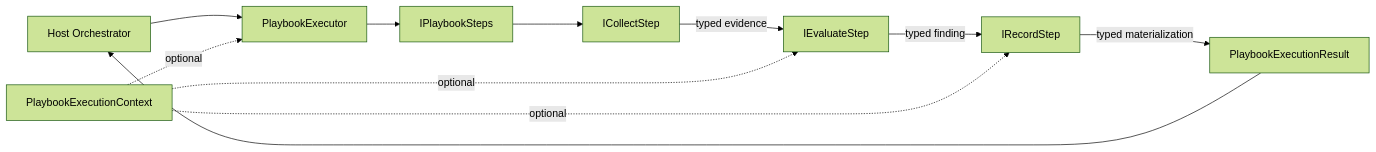
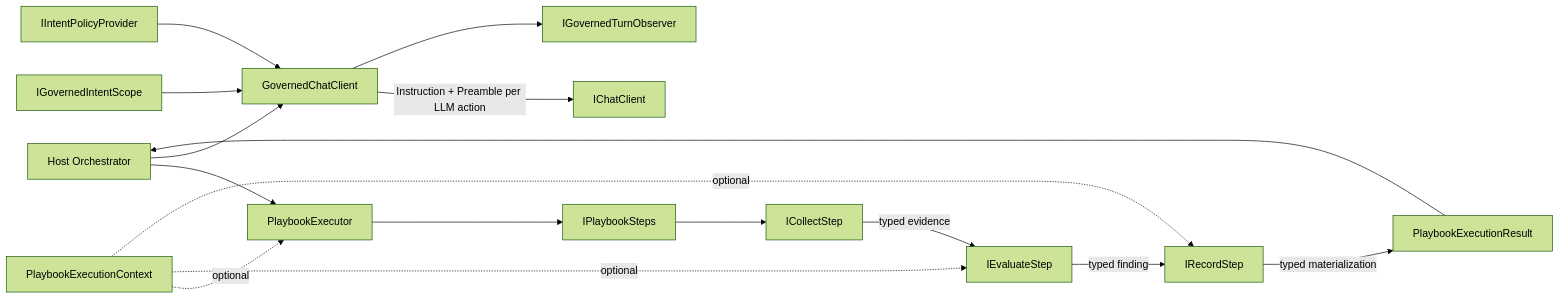
The first of 2 diagrams in docs/product/sprint-0/agents-playbook-sprint-0-context-diagram.md (goodtocode/agents-playbook), drawn with Mermaid (forest theme) before and after one commit. The commit also changed 19 other files, not shown here.

Commit message:
governance AgentIntent policy

````diff
--- a/docs/product/sprint-0/agents-playbook-sprint-0-context-diagram.md
+++ b/docs/product/sprint-0/agents-playbook-sprint-0-context-diagram.md
@@ -10,14 +10,19 @@
 ```mermaid
 flowchart LR
     Host[Host Orchestrator] --> Executor[PlaybookExecutor]
     Definition[IPlaybookSteps]
     Executor --> Definition
     Definition --> Collect[ICollectStep]
     Collect -->|typed evidence| Evaluate[IEvaluateStep]
     Evaluate -->|typed finding| Record[IRecordStep]
     Record -->|typed materialization| Result[PlaybookExecutionResult]
     Context[PlaybookExecutionContext] -. optional .-> Executor
     Context -. optional .-> Evaluate
     Context -. optional .-> Record
     Result --> Host
+    Host --> Governed[GovernedChatClient]
+    Scope[IGovernedIntentScope] --> Governed
+    Provider[IIntentPolicyProvider] --> Governed
+    Governed -->|Instruction + Preamble per LLM action| Model[IChatClient]
+    Governed --> Observer[IGovernedTurnObserver]
 ```
````
